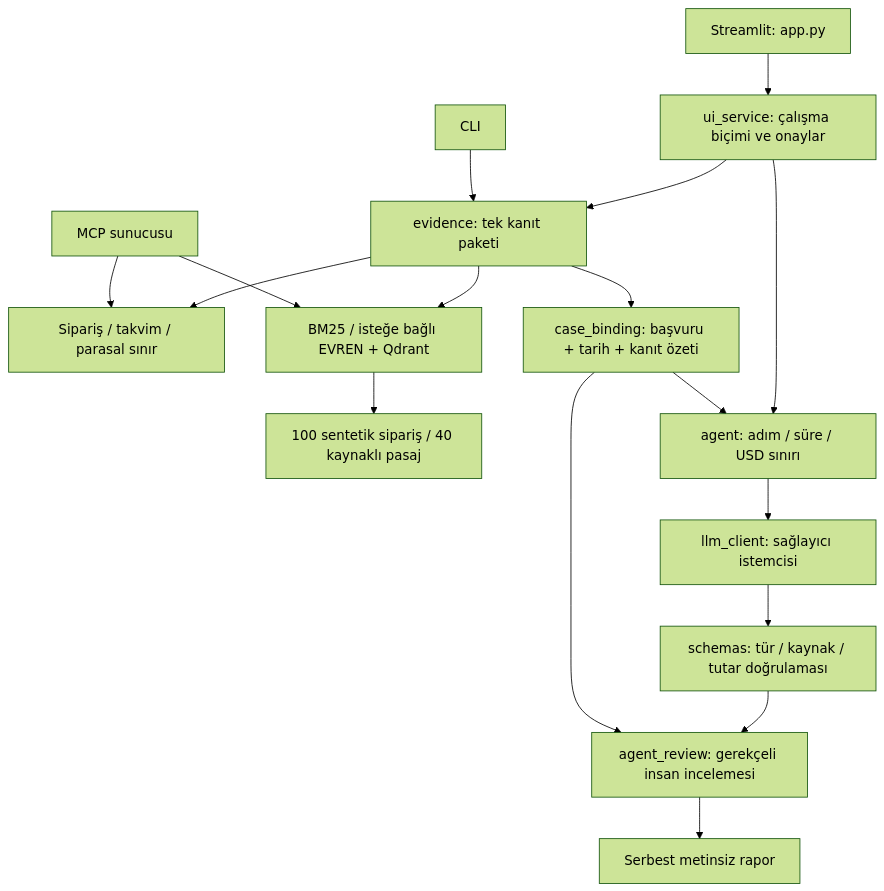
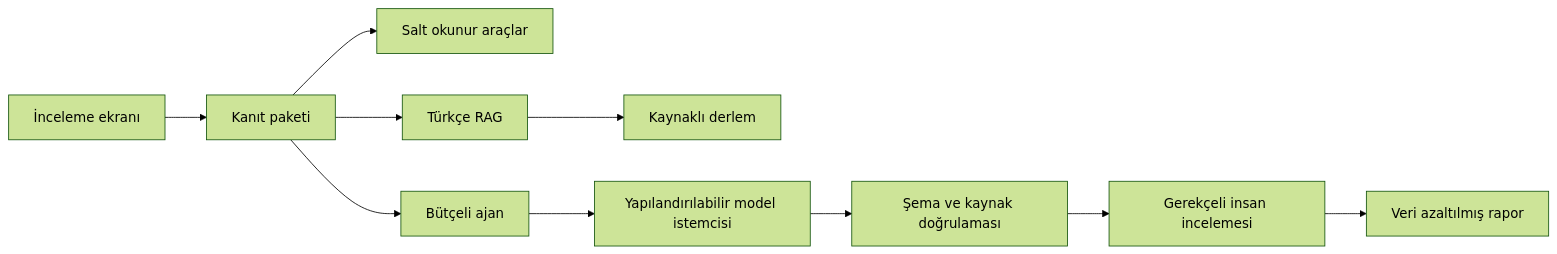
The diagram in README.md (sektor-kampuste-git/iadepusula-kostu-230501013-230501017-230501016), drawn with Mermaid (forest theme) before and after one commit. The commit also changed other lines of this file and 3 other files, not shown here.

````diff
--- a/README.md
+++ b/README.md
@@ -83,19 +78,12 @@
 ```mermaid
-flowchart TD
-    UI[Streamlit: app.py] --> Service[ui_service: çalışma biçimi ve onaylar]
-    Service --> Evidence[evidence: tek kanıt paketi]
-    Evidence --> Tools[Sipariş / takvim / parasal sınır]
-    Evidence --> RAG[BM25 / isteğe bağlı EVREN + Qdrant]
-    RAG --> Data[100 sentetik sipariş / 40 kaynaklı pasaj]
-    Evidence --> Binding[case_binding: başvuru + tarih + kanıt özeti]
-    Service --> Agent[agent: adım / süre / USD sınırı]
-    Binding --> Agent
-    Agent --> Client[llm_client: sağlayıcı istemcisi]
-    Client --> Schema[schemas: tür / kaynak / tutar doğrulaması]
-    Schema --> Review[agent_review: gerekçeli insan incelemesi]
-    Binding --> Review
-    Review --> Report[Serbest metinsiz rapor]
-    CLI[CLI] --> Evidence
-    MCP[MCP sunucusu] --> Tools
-    MCP --> RAG
+flowchart LR
+    UI[İnceleme ekranı] --> Kanit[Kanıt paketi]
+    Kanit --> Arac[Salt okunur araçlar]
+    Kanit --> RAG[Türkçe RAG]
+    RAG --> Derlem[Kaynaklı derlem]
+    Kanit --> Ajan[Bütçeli ajan]
+    Ajan --> Model[Yapılandırılabilir model istemcisi]
+    Model --> Sema[Şema ve kaynak doğrulaması]
+    Sema --> Insan[Gerekçeli insan incelemesi]
+    Insan --> Rapor[Veri azaltılmış rapor]
 ```
````
